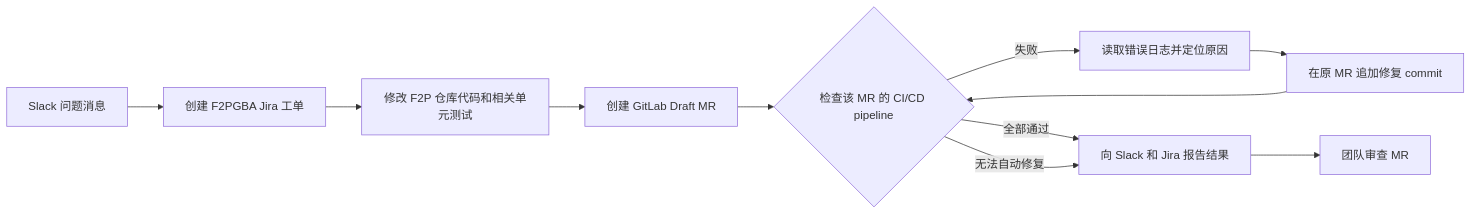
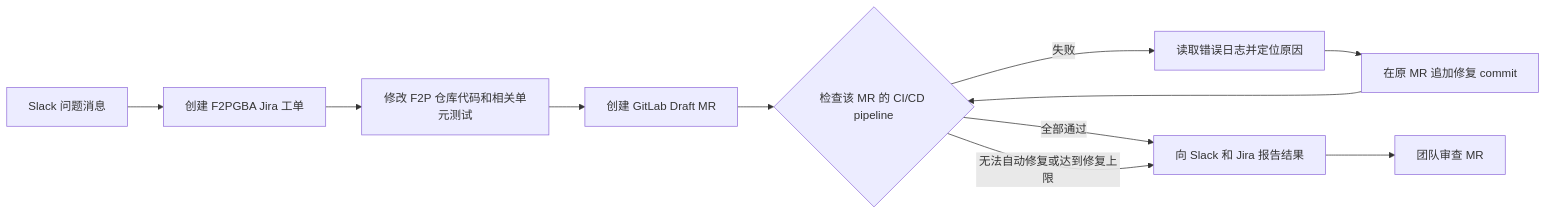
The diagram in README.md (whhe-coder/Chat-to-Fix-Agent), drawn with Mermaid before and after one commit. The commit also changed other lines of this file, not shown here.

````diff
--- a/README.md
+++ b/README.md
@@ -9,13 +9,13 @@
 ```mermaid
 flowchart LR
     A[Slack 问题消息] --> B[创建 F2PGBA Jira 工单]
     B --> C[修改 F2P 仓库代码和相关单元测试]
     C --> D[创建 GitLab Draft MR]
     D --> E{检查该 MR 的 CI/CD pipeline}
     E -->|失败| F[读取错误日志并定位原因]
     F --> G[在原 MR 追加修复 commit]
     G --> E
     E -->|全部通过| H[向 Slack 和 Jira 报告结果]
-    E -->|无法自动修复| H
+    E -->|无法自动修复或达到修复上限| H
     H --> I[团队审查 MR]
 ```
````
